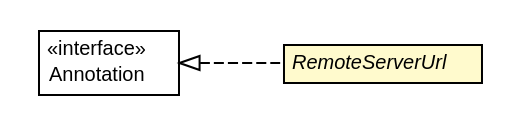
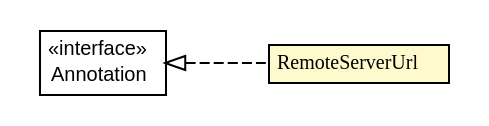
One commit to ArcBees/GWTP changed the diagram in javadoc/apidocs/com/gwtplatform/dispatch/client/RemoteServerUrl.dot. Above: the diagram before and after it, drawn with Graphviz. The commit also changed 2699 other files, not shown here.

```diff
--- a/javadoc/apidocs/com/gwtplatform/dispatch/client/RemoteServerUrl.dot
+++ b/javadoc/apidocs/com/gwtplatform/dispatch/client/RemoteServerUrl.dot
@@ -1,28 +1,28 @@
 #!/usr/local/bin/dot
 #
 # Class diagram 
 # Generated by UMLGraph version R5_6-24-gf6e263 (http://www.umlgraph.org/)
 #
 
 digraph G {
-	edge [fontname="Helvetica",fontsize=10,labelfontname="Helvetica",labelfontsize=10];
-	node [fontname="Helvetica",fontsize=10,shape=plaintext];
+	edge [fontname="arial",fontsize=10,labelfontname="arial",labelfontsize=10];
+	node [fontname="arial",fontsize=10,shape=plaintext];
 	nodesep=0.25;
 	ranksep=0.5;
 	rankdir=LR;
 	// com.gwtplatform.dispatch.client.RemoteServerUrl
-	c326424 [label=<<table title="com.gwtplatform.dispatch.client.RemoteServerUrl" border="0" cellborder="1" cellspacing="0" cellpadding="2" port="p" bgcolor="lemonChiffon" href="./RemoteServerUrl.html">
+	c435247 [label=<<table title="com.gwtplatform.dispatch.client.RemoteServerUrl" border="0" cellborder="1" cellspacing="0" cellpadding="2" port="p" bgcolor="lemonChiffon" href="./RemoteServerUrl.html">
 		<tr><td><table border="0" cellspacing="0" cellpadding="1">
-<tr><td align="center" balign="center"><font face="Helvetica-Oblique"> RemoteServerUrl </font></td></tr>
+<tr><td align="center" balign="center"><font face="arial italic"> RemoteServerUrl </font></td></tr>
 		</table></td></tr>
-		</table>>, URL="./RemoteServerUrl.html", fontname="Helvetica", fontcolor="black", fontsize=10.0];
+		</table>>, URL="./RemoteServerUrl.html", fontname="arial", fontcolor="black", fontsize=10.0];
 	//com.gwtplatform.dispatch.client.RemoteServerUrl implements java.lang.annotation.Annotation
-	c326988:p -> c326424:p [dir=back,arrowtail=empty,style=dashed];
+	c435909:p -> c435247:p [dir=back,arrowtail=empty,style=dashed];
 	// java.lang.annotation.Annotation
-	c326988 [label=<<table title="java.lang.annotation.Annotation" border="0" cellborder="1" cellspacing="0" cellpadding="2" port="p" href="http://download.oracle.com/javase/6/docs/api/java/lang/annotation/Annotation.html">
+	c435909 [label=<<table title="java.lang.annotation.Annotation" border="0" cellborder="1" cellspacing="0" cellpadding="2" port="p" href="http://download.oracle.com/javase/6/docs/api/java/lang/annotation/Annotation.html">
 		<tr><td><table border="0" cellspacing="0" cellpadding="1">
 <tr><td align="center" balign="center"> &#171;interface&#187; </td></tr>
 <tr><td align="center" balign="center"> Annotation </td></tr>
 		</table></td></tr>
-		</table>>, URL="http://download.oracle.com/javase/6/docs/api/java/lang/annotation/Annotation.html", fontname="Helvetica", fontcolor="black", fontsize=10.0];
+		</table>>, URL="http://download.oracle.com/javase/6/docs/api/java/lang/annotation/Annotation.html", fontname="arial", fontcolor="black", fontsize=10.0];
 }
```
